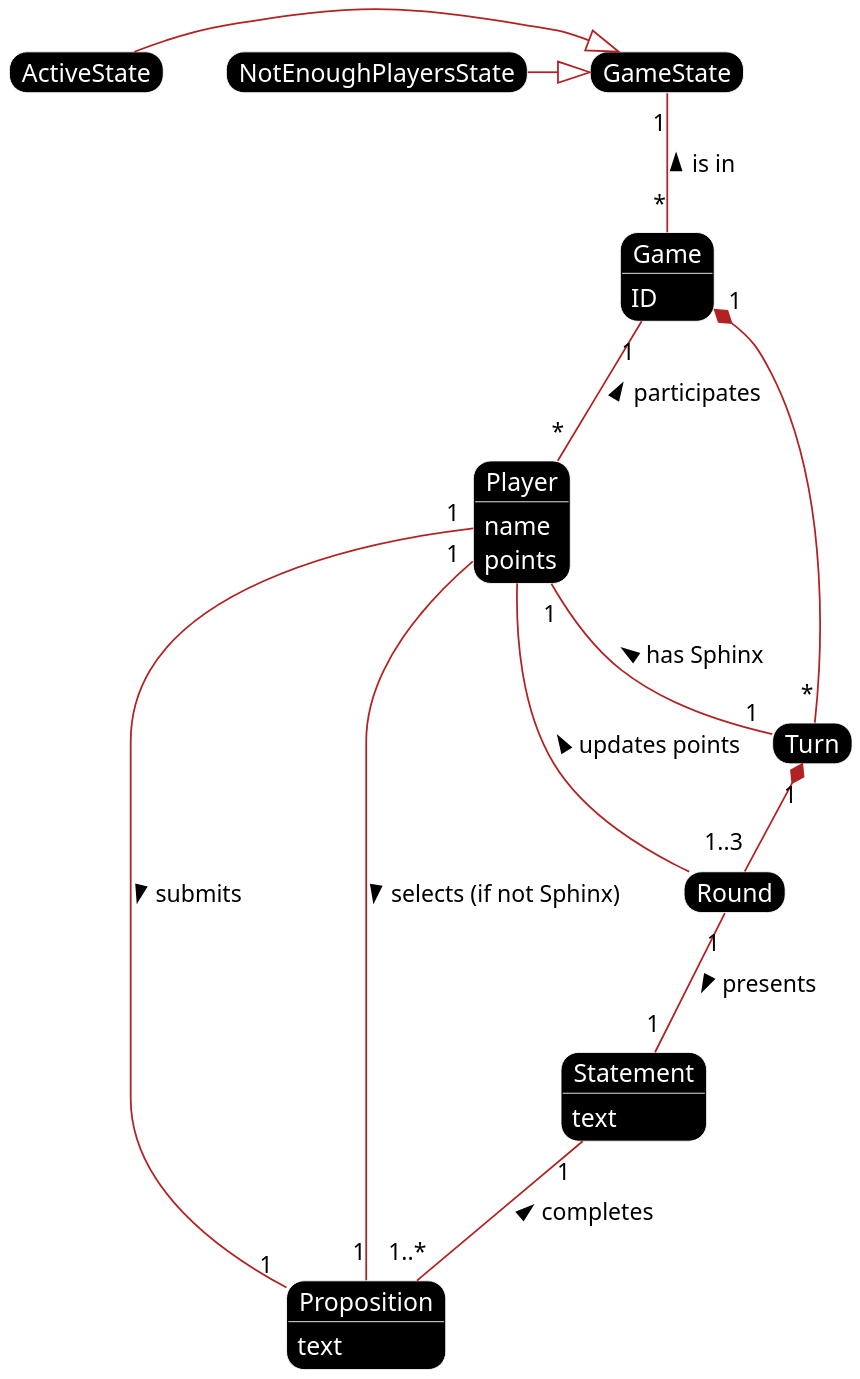
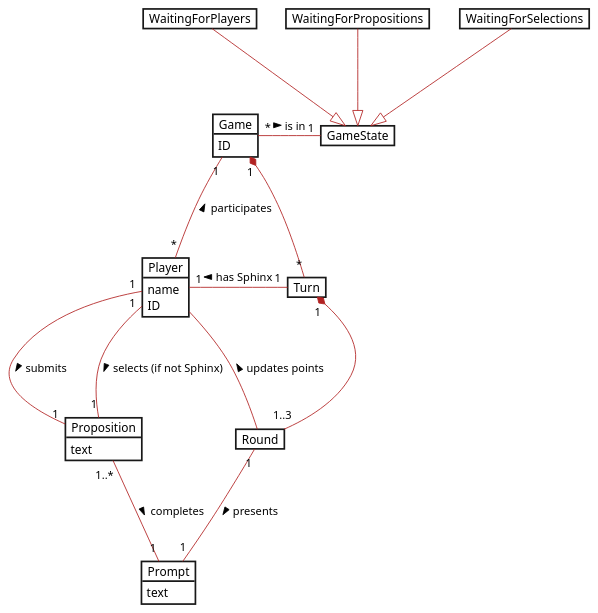
The diagram in docs/diagrams/domain_diagram.plantuml (patrickwinti/worldwidewalter), drawn with PlantUML before and after one commit.

Commit message:
[WWW-59] domain diagram

```diff
--- a/docs/diagrams/domain_diagram.plantuml
+++ b/docs/diagrams/domain_diagram.plantuml
@@ -1,43 +1,48 @@
 @startuml
+skinparam ranksep 100
+
 skinparam object {
-    BackgroundColor Black
-    BorderColor White
-    FontColor White
+    BackgroundColor White
     ArrowColor Firebrick
+    BorderThickness 2
 }
-skinparam roundcorner 20
-skinparam dpi 200
 
-hide empty fields
+skinparam roundcorner 0
+
+hide empty members
 
 object Player
 object Game
 object Turn
 object Round
-object Statement
+object Prompt
 object Proposition
 object GameState
-object ActiveState
-object NotEnoughPlayersState
+together{
+    object WaitingForPlayers
+    object WaitingForPropositions
+    object WaitingForSelections
+}
 
 Player : name
-Player : points
+Player : ID
 Game : ID
-Statement : text
+Prompt : text
 Proposition : text
 
 
+Prompt "1"-l-"1..*" Proposition : < completes
+Game "1"-d-"*" Player : < participates
+Game "1"*--"*" Turn
+Turn "1"*-d-"1..3" Round
 Round  -- Player : updates points >
-Game "1"--"*" Player : < participates
-Game "1"*--"*" Turn
-Turn "1"*--"1..3" Round
-Player "1"--"1" Turn: < has Sphinx
-Round "1"--"1" Statement : presents >
-Statement "1"--"1..*" Proposition : < completes
+Round "1"-d-"1" Prompt : presents >
+Player "1"-r-"1" Turn: < has Sphinx
 Player "1"--"1" Proposition : submits >
 Player "1"--"1" Proposition : selects (if not Sphinx) >
-ActiveState -|> GameState
-NotEnoughPlayersState -|> GameState
-GameState "1"--"*" Game : < is in
+WaitingForPlayers -d-|> GameState
+WaitingForPropositions -d-|> GameState
+WaitingForSelections -d-|> GameState
+GameState "1"-l-"*" Game : < is in
 
 @enduml
```
